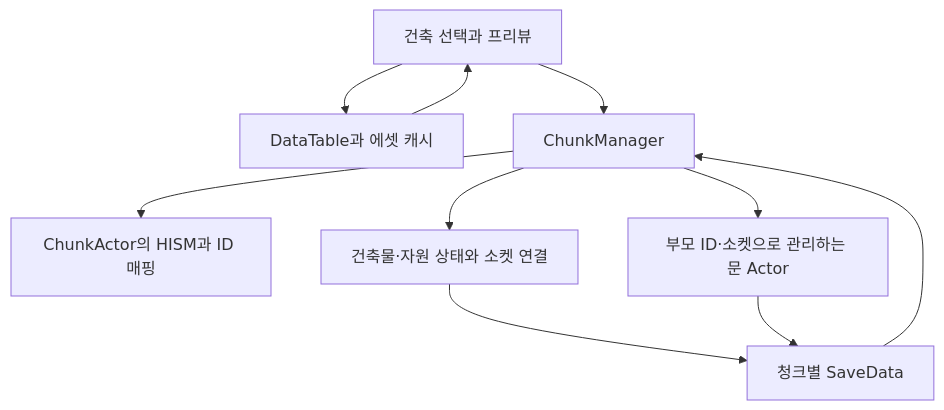
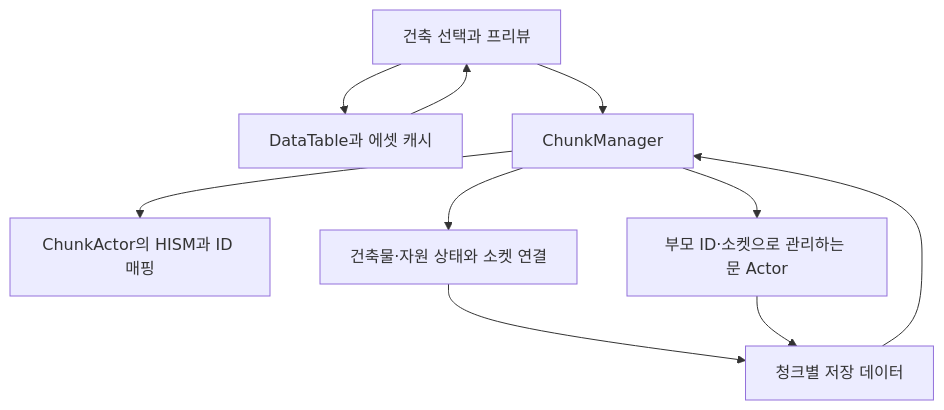
The diagram in README.md (tjwjdah/Unreal4.26_Portfolio), drawn with Mermaid before and after one commit. The commit also changed other lines of this file, not shown here.

````diff
--- a/README.md
+++ b/README.md
@@ -98,12 +80,12 @@
 ```mermaid
 flowchart TD
-    Preview[건축 선택과 프리뷰] --> Assets[DataTable과 에셋 캐시]
+    Preview["건축 선택과 프리뷰"] --> Assets["DataTable과 에셋 캐시"]
     Assets --> Preview
-    Preview --> Manager[ChunkManager]
-    Manager --> Chunk[ChunkActor의 HISM과 ID 매핑]
-    Manager --> State[건축물·자원 상태와 소켓 연결]
-    Manager --> Door[부모 ID·소켓으로 관리하는 문 Actor]
-    State --> Save[청크별 SaveData]
+    Preview --> Manager["ChunkManager"]
+    Manager --> Chunk["ChunkActor의 HISM과 ID 매핑"]
+    Manager --> State["건축물·자원 상태와 소켓 연결"]
+    Manager --> Door["부모 ID·소켓으로 관리하는 문 Actor"]
+    State --> Save["청크별 저장 데이터"]
     Door --> Save
     Save --> Manager
 ```
````
